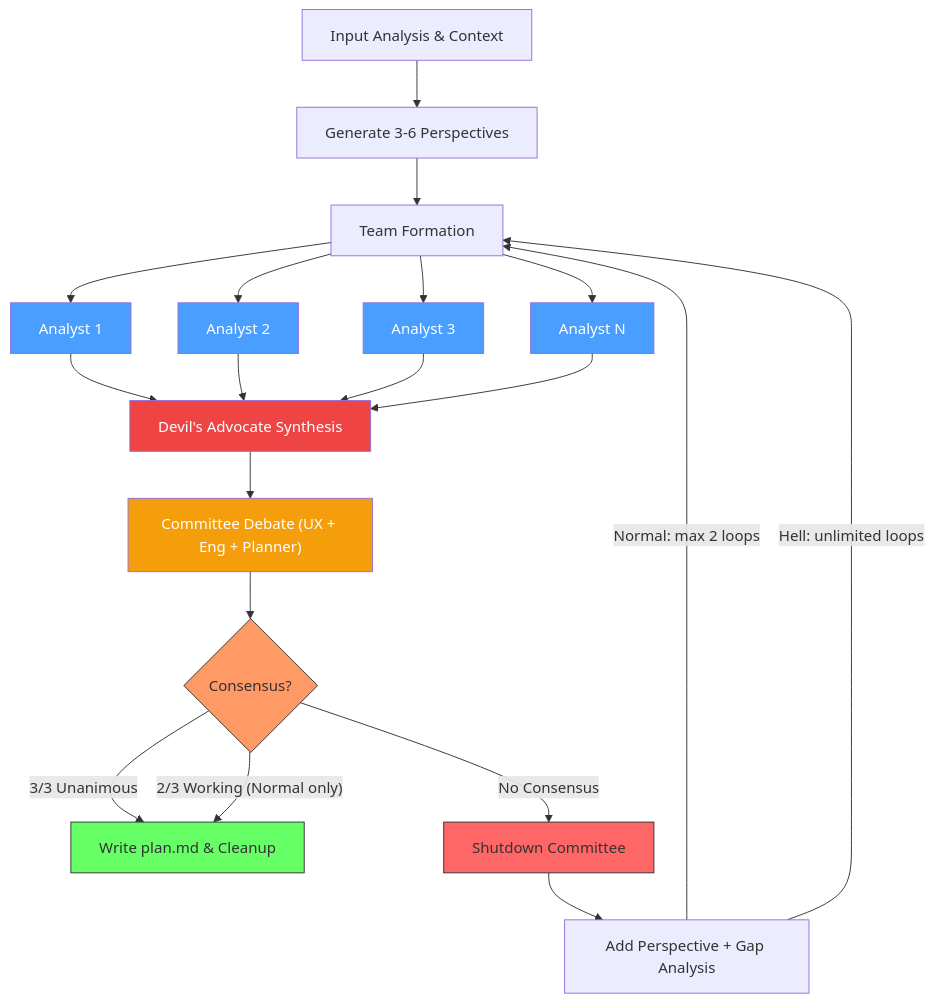
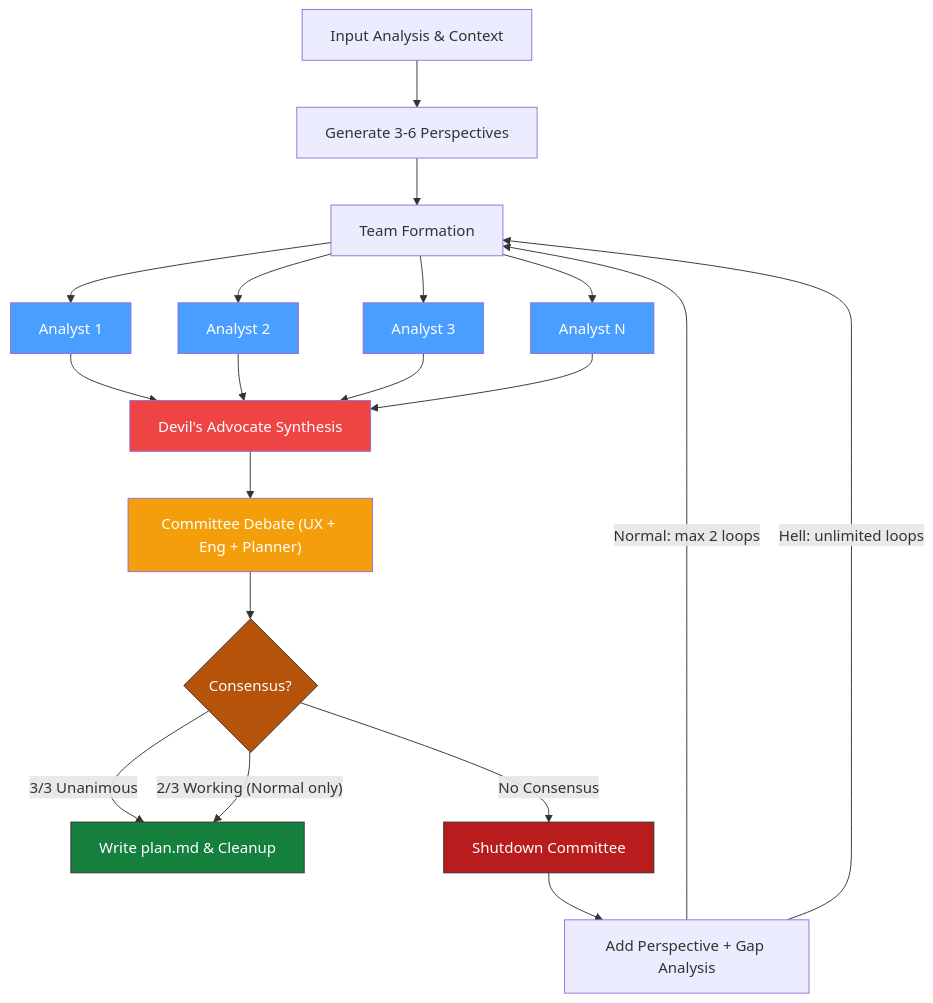
The third of 3 diagrams in README.md (valentin1235/prism), drawn with Mermaid before and after one commit.

Commit message:
docs: darken plan diagram box colors for white text readability

````diff
--- a/README.md
+++ b/README.md
@@ -305,36 +305,36 @@
 ```mermaid
 graph TD
     A[Input Analysis & Context] --> B[Generate 3-6 Perspectives]
     B --> C[Team Formation]
 
     C --> D1[Analyst 1]
     C --> D2[Analyst 2]
     C --> D3[Analyst 3]
     C --> DN[Analyst N]
 
     D1 --> E[Devil's Advocate Synthesis]
     D2 --> E
     D3 --> E
     DN --> E
 
     E --> F["Committee Debate (UX + Eng + Planner)"]
     F --> G{Consensus?}
 
     G -->|"3/3 Unanimous"| H["Write plan.md & Cleanup"]
     G -->|"2/3 Working (Normal only)"| H
     G -->|"No Consensus"| I[Shutdown Committee]
     I --> J[Add Perspective + Gap Analysis]
 
     J -->|"Normal: max 2 loops"| C
     J -->|"Hell: unlimited loops"| C
 
     style D1 fill:#4a9eff,color:#fff
     style D2 fill:#4a9eff,color:#fff
     style D3 fill:#4a9eff,color:#fff
     style DN fill:#4a9eff,color:#fff
     style E fill:#ef4444,color:#fff
     style F fill:#f59e0b,color:#fff
-    style G fill:#f96,stroke:#333
-    style H fill:#6f6,stroke:#333
-    style I fill:#f66,stroke:#333
+    style G fill:#b45309,color:#fff,stroke:#333
+    style H fill:#15803d,color:#fff,stroke:#333
+    style I fill:#b91c1c,color:#fff,stroke:#333
 ```
````
